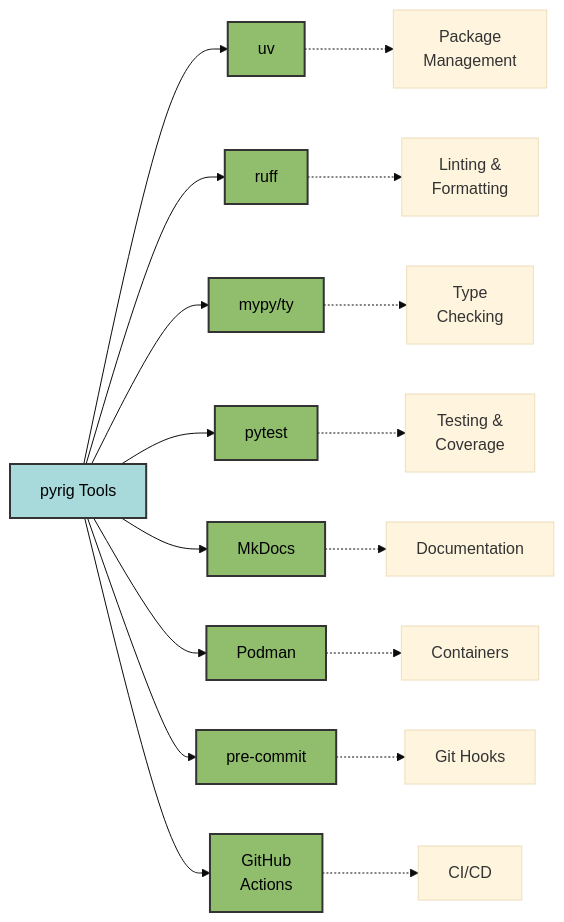
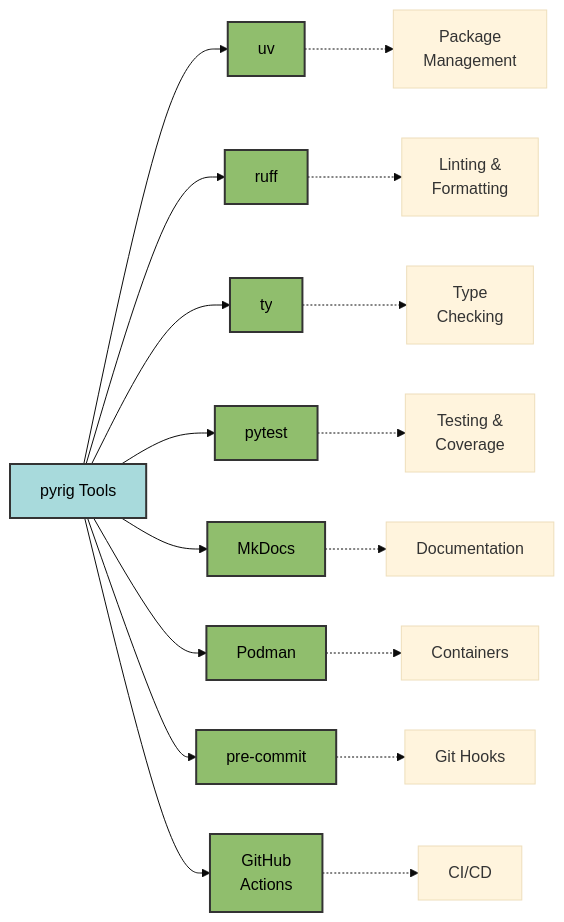
The diagram in docs/more/tooling.md (Winipedia/pyrig), drawn with Mermaid (base theme) before and after one commit. The commit also changed other lines of this file and 22 other files, not shown here.

````diff
--- a/docs/more/tooling.md
+++ b/docs/more/tooling.md
@@ -8,30 +8,30 @@
 ```mermaid
 graph LR
     A[pyrig Tools] --> B[uv]
     A --> C[ruff]
-    A --> D[mypy/ty]
+    A --> D[ty]
     A --> E[pytest]
     A --> F[MkDocs]
     A --> G[Podman]
     A --> H[pre-commit]
     A --> I[GitHub<br/>Actions]
 
     B -.-> B1[Package<br/>Management]
     C -.-> C1[Linting &<br/>Formatting]
     D -.-> D1[Type<br/>Checking]
     E -.-> E1[Testing &<br/>Coverage]
     F -.-> F1[Documentation]
     G -.-> G1[Containers]
     H -.-> H1[Git Hooks]
     I -.-> I1[CI/CD]
 
     style A fill:#a8dadc,stroke:#333,stroke-width:2px,color:#000
     style B fill:#90be6d,stroke:#333,stroke-width:2px,color:#000
     style C fill:#90be6d,stroke:#333,stroke-width:2px,color:#000
     style D fill:#90be6d,stroke:#333,stroke-width:2px,color:#000
     style E fill:#90be6d,stroke:#333,stroke-width:2px,color:#000
     style F fill:#90be6d,stroke:#333,stroke-width:2px,color:#000
     style G fill:#90be6d,stroke:#333,stroke-width:2px,color:#000
     style H fill:#90be6d,stroke:#333,stroke-width:2px,color:#000
     style I fill:#90be6d,stroke:#333,stroke-width:2px,color:#000
 ```
````
